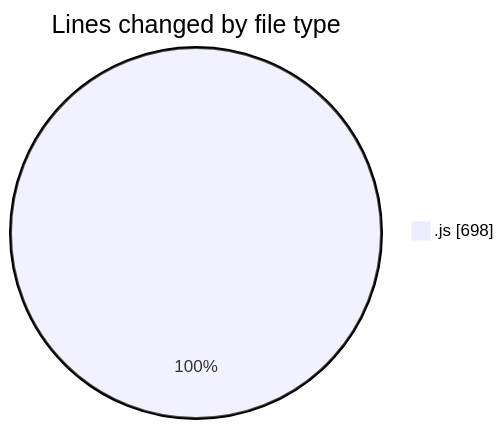
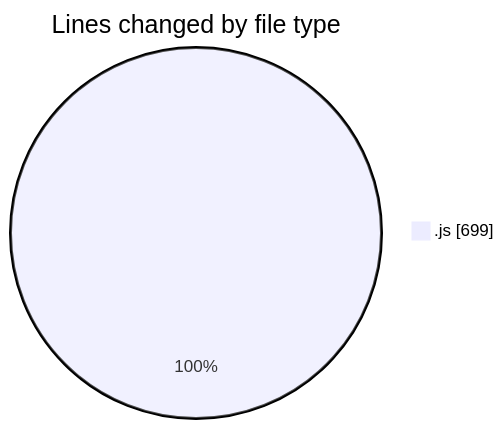
Before and after one commit to BS-eng2023/code-tracking: the first of 2 diagrams in 2025-04-03/jsvms/README.md, drawn with Mermaid. The commit also changed other lines of this file and 1 other file, not shown here.

````diff
--- a/2025-04-03/jsvms/README.md
+++ b/2025-04-03/jsvms/README.md
@@ -25,5 +26,5 @@
 ```mermaid
 pie showData
 title Lines changed by file type
-".js" : 698
+".js" : 699
 ```
````
